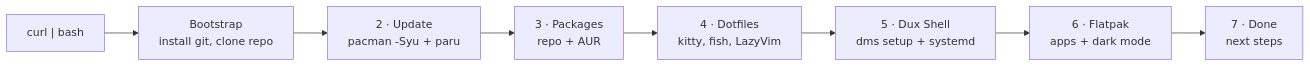
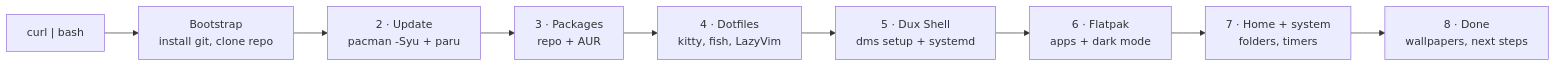
The diagram in README.md (iancrowder23-ship-it/dms-personal-script), drawn with Mermaid before and after one commit. The commit also changed other lines of this file and 4 other files, not shown here.

First line of the commit message:
Add home folders, QoL packages, wallpaper prompt and coloured output

````diff
--- a/README.md
+++ b/README.md
@@ -111,10 +111,11 @@
 ```mermaid
 flowchart LR
     A["curl | bash"] --> B["Bootstrap<br/>install git, clone repo"]
     B --> C["2 · Update<br/>pacman -Syu + paru"]
     C --> D["3 · Packages<br/>repo + AUR"]
     D --> E["4 · Dotfiles<br/>kitty, fish, LazyVim"]
     E --> F["5 · Dux Shell<br/>dms setup + systemd"]
     F --> G["6 · Flatpak<br/>apps + dark mode"]
-    G --> H["7 · Done<br/>next steps"]
+    G --> H["7 · Home + system<br/>folders, timers"]
+    H --> I["8 · Done<br/>wallpapers, next steps"]
 ```
````
